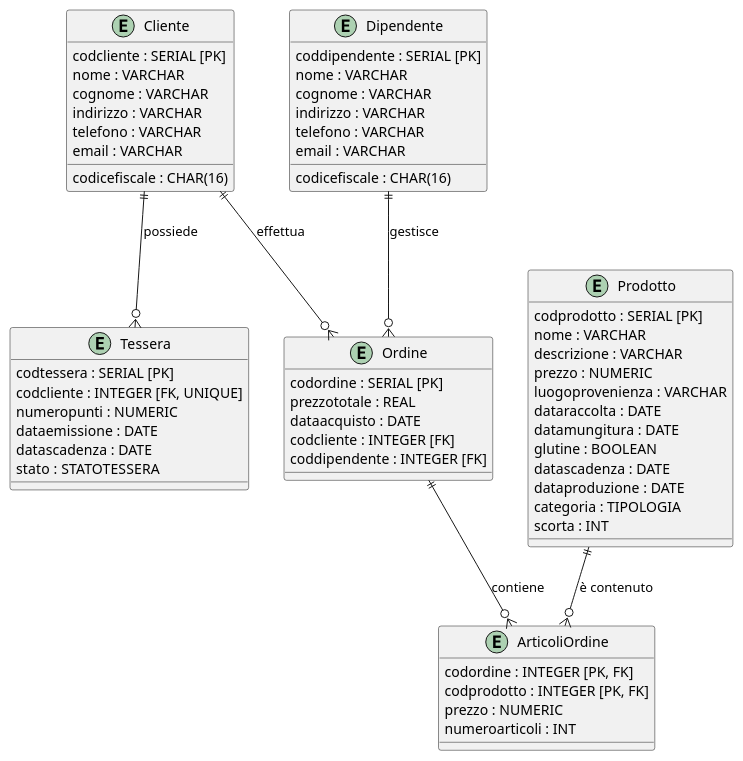
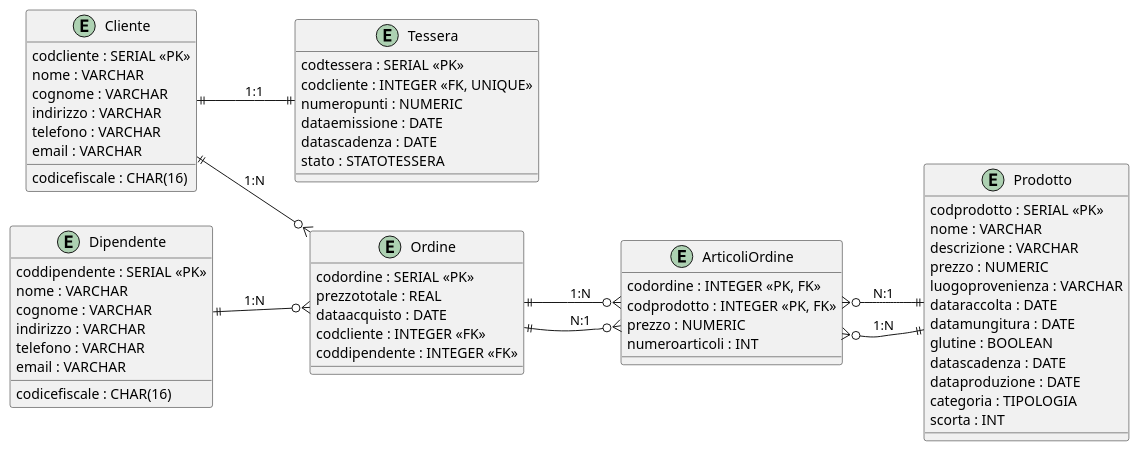
One commit to GinoPT97/UniDevPortfolio changed the diagram in Progetto-DB/Diagram/Diagram-ER.puml. Above: the diagram before and after it, drawn with PlantUML.

Commit message:
refactor: migliora la sintassi delle dichiarazioni PK/FK nel diagramma ER

```diff
--- a/Progetto-DB/Diagram/Diagram-ER.puml
+++ b/Progetto-DB/Diagram/Diagram-ER.puml
@@ -1,66 +1,74 @@
-@startuml DiagramER
+
+' Layout orizzontale
+left to right direction
+' Entità con PK/FK evidenziate
 entity Cliente {
-  codcliente : SERIAL [PK]
+  codcliente : SERIAL <<PK>>
   nome : VARCHAR
   cognome : VARCHAR
   codicefiscale : CHAR(16)
   indirizzo : VARCHAR
   telefono : VARCHAR
   email : VARCHAR
 }
 
 entity Tessera {
-  codtessera : SERIAL [PK]
-  codcliente : INTEGER [FK, UNIQUE]
+  codtessera : SERIAL <<PK>>
+  codcliente : INTEGER <<FK, UNIQUE>>
   numeropunti : NUMERIC
   dataemissione : DATE
   datascadenza : DATE
   stato : STATOTESSERA
 }
 
 entity Dipendente {
-  coddipendente : SERIAL [PK]
+  coddipendente : SERIAL <<PK>>
   nome : VARCHAR
   cognome : VARCHAR
   codicefiscale : CHAR(16)
   indirizzo : VARCHAR
   telefono : VARCHAR
   email : VARCHAR
 }
 
 entity Prodotto {
-  codprodotto : SERIAL [PK]
+  codprodotto : SERIAL <<PK>>
   nome : VARCHAR
   descrizione : VARCHAR
   prezzo : NUMERIC
   luogoprovenienza : VARCHAR
   dataraccolta : DATE
   datamungitura : DATE
   glutine : BOOLEAN
   datascadenza : DATE
   dataproduzione : DATE
   categoria : TIPOLOGIA
   scorta : INT
 }
 
 entity Ordine {
-  codordine : SERIAL [PK]
+  codordine : SERIAL <<PK>>
   prezzototale : REAL
   dataacquisto : DATE
-  codcliente : INTEGER [FK]
-  coddipendente : INTEGER [FK]
+  codcliente : INTEGER <<FK>>
+  coddipendente : INTEGER <<FK>>
 }
 
 entity ArticoliOrdine {
-  codordine : INTEGER [PK, FK]
-  codprodotto : INTEGER [PK, FK]
+  codordine : INTEGER <<PK, FK>>
+  codprodotto : INTEGER <<PK, FK>>
   prezzo : NUMERIC
   numeroarticoli : INT
 }
 
-Cliente ||--o{ Tessera : possiede
-Cliente ||--o{ Ordine : effettua
-Dipendente ||--o{ Ordine : gestisce
-Ordine ||--o{ ArticoliOrdine : contiene
-Prodotto ||--o{ ArticoliOrdine : è contenuto
+' Relazioni con cardinalità
+Cliente ||--|| Tessera : "1:1"
+Cliente ||--o{ Ordine : "1:N"
+Dipendente ||--o{ Ordine : "1:N"
+Ordine ||--o{ ArticoliOrdine : "1:N"
+Prodotto ||--o{ ArticoliOrdine : "1:N"
+
+ArticoliOrdine }o--|| Ordine : "N:1"
+ArticoliOrdine }o--|| Prodotto : "N:1"
+
 @enduml
```
